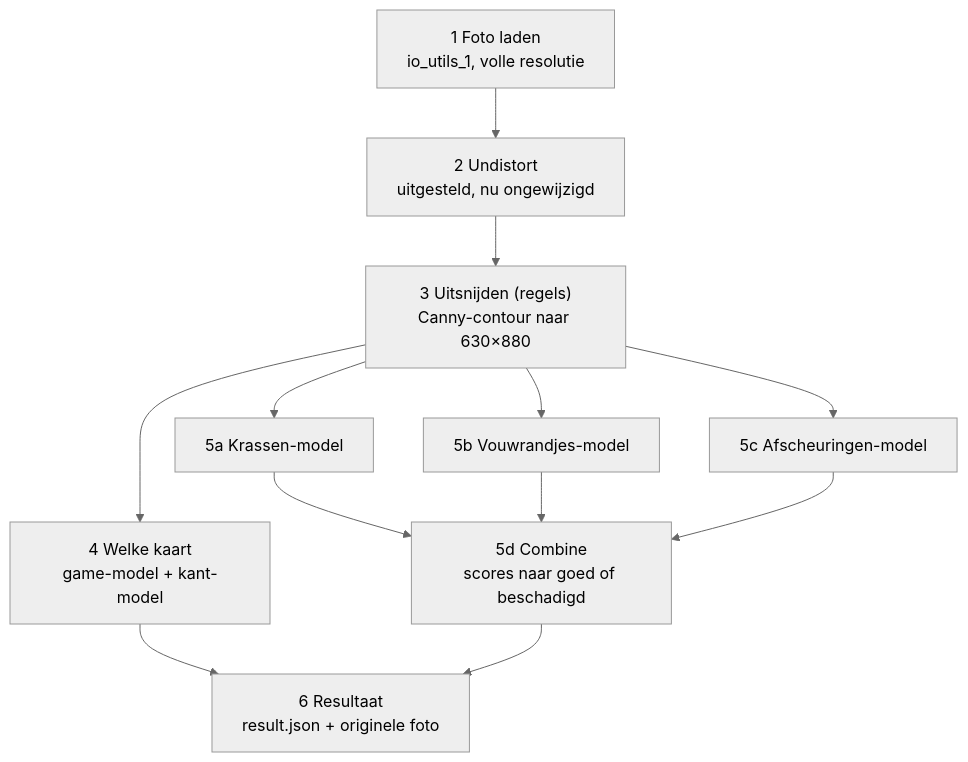
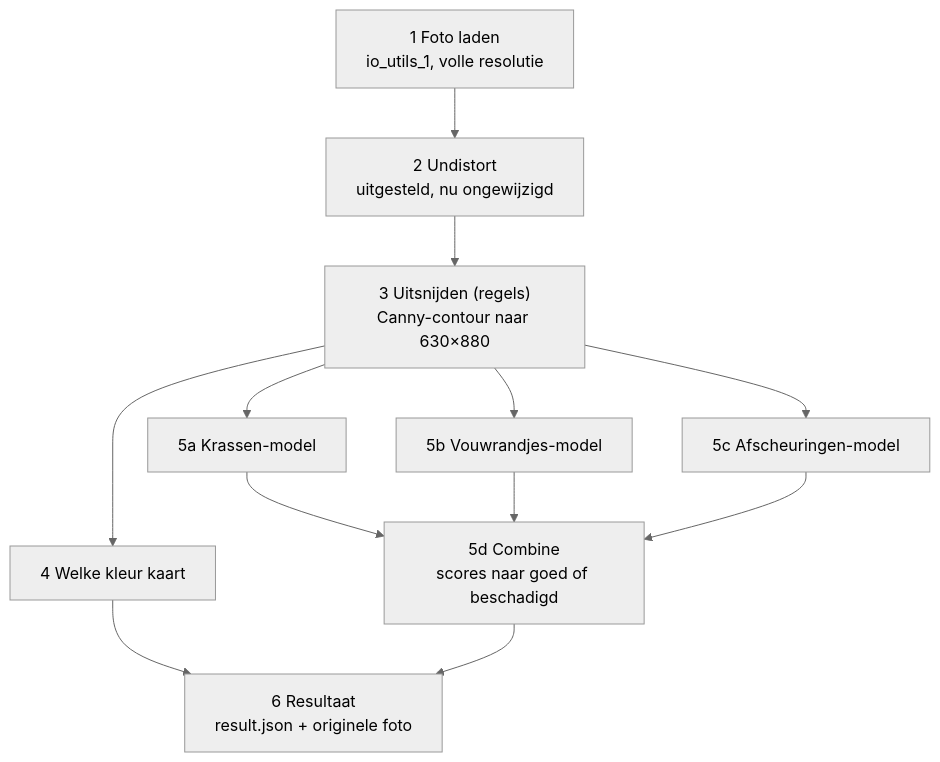
The diagram in docs/pipeline.md (liaurens/tcg-grading-ai), drawn with Mermaid (neutral theme) before and after one commit. The commit also changed other lines of this file, not shown here.

````diff
--- a/docs/pipeline.md
+++ b/docs/pipeline.md
@@ -9,14 +9,14 @@
 ```mermaid
 flowchart TD
     S1["1 Foto laden<br/>io_utils_1, volle resolutie"] --> S2["2 Undistort<br/>uitgesteld, nu ongewijzigd"]
     S2 --> S3["3 Uitsnijden (regels)<br/>Canny-contour naar 630×880"]
-    S3 --> S4["4 Welke kaart<br/>game-model + kant-model"]
+    S3 --> S4["4 Welke kleur kaart"]
     S3 --> S5a["5a Krassen-model"]
     S3 --> S5b["5b Vouwrandjes-model"]
     S3 --> S5c["5c Afscheuringen-model"]
     S5a --> S5d["5d Combine<br/>scores naar goed of beschadigd"]
     S5b --> S5d
     S5c --> S5d
     S4 --> S6["6 Resultaat<br/>result.json + originele foto"]
     S5d --> S6
 ```
````
